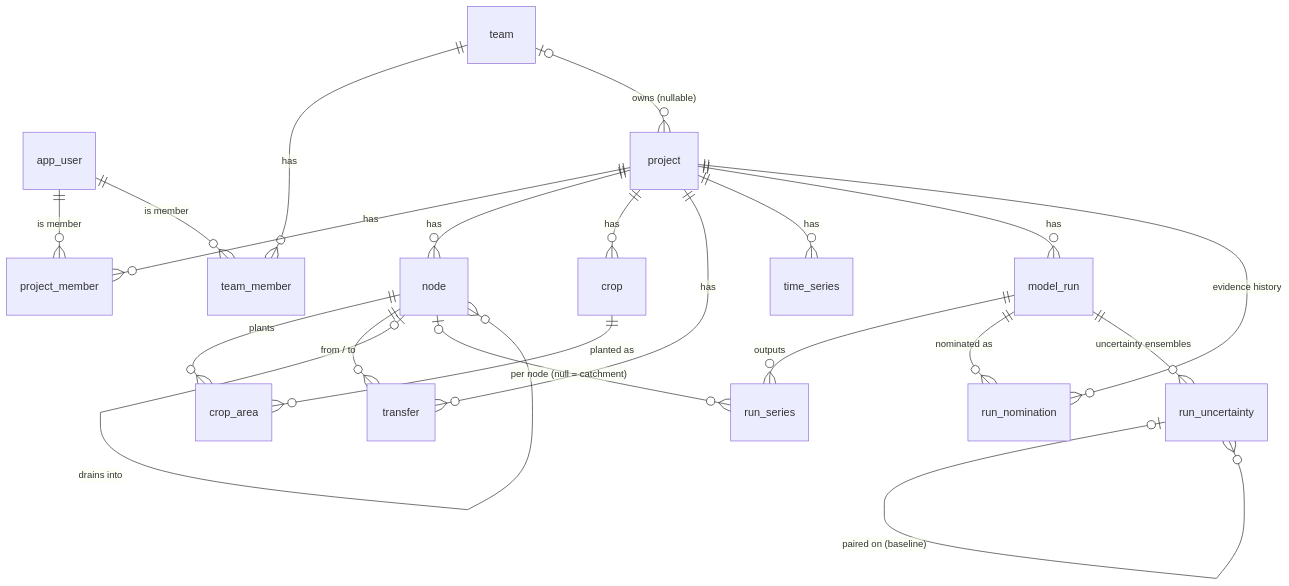
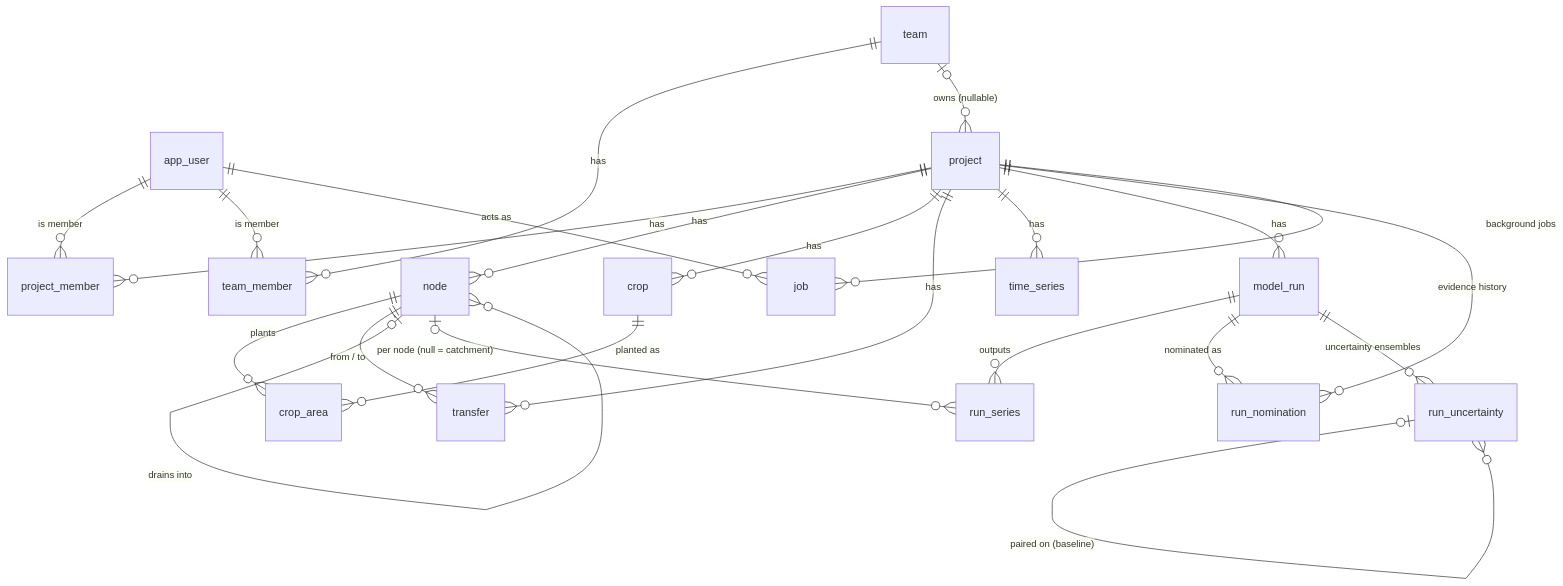
Before and after one commit to Absence0760/project-water-management: the diagram in docs/data-model.md, drawn with Mermaid. The commit also changed other lines of this file and 6 other files, not shown here.

First line of the commit message:
docs: background jobs (WP-2.8): architecture, API, data model, deployment, local dev, security

````diff
--- a/docs/data-model.md
+++ b/docs/data-model.md
@@ -16,23 +16,25 @@
 ```mermaid
 erDiagram
   app_user ||--o{ project_member : "is member"
   app_user ||--o{ team_member : "is member"
   team     ||--o{ team_member : has
   team     |o--o{ project : "owns (nullable)"
   project  ||--o{ project_member : has
   project  ||--o{ node : has
   project  ||--o{ crop : has
   node     ||--o{ crop_area : plants
   crop     ||--o{ crop_area : "planted as"
   project  ||--o{ transfer : has
   node     ||--o{ transfer : "from / to"
   node     |o--o{ node : "drains into"
   project  ||--o{ time_series : has
   project  ||--o{ model_run : has
   model_run ||--o{ run_series : outputs
   project  ||--o{ run_nomination : "evidence history"
   model_run ||--o{ run_nomination : "nominated as"
   model_run ||--o{ run_uncertainty : "uncertainty ensembles"
   run_uncertainty |o--o{ run_uncertainty : "paired on (baseline)"
   node     |o--o{ run_series : "per node (null = catchment)"
+  project  ||--o{ job : "background jobs"
+  app_user ||--o{ job : "acts as"
 ```
````
